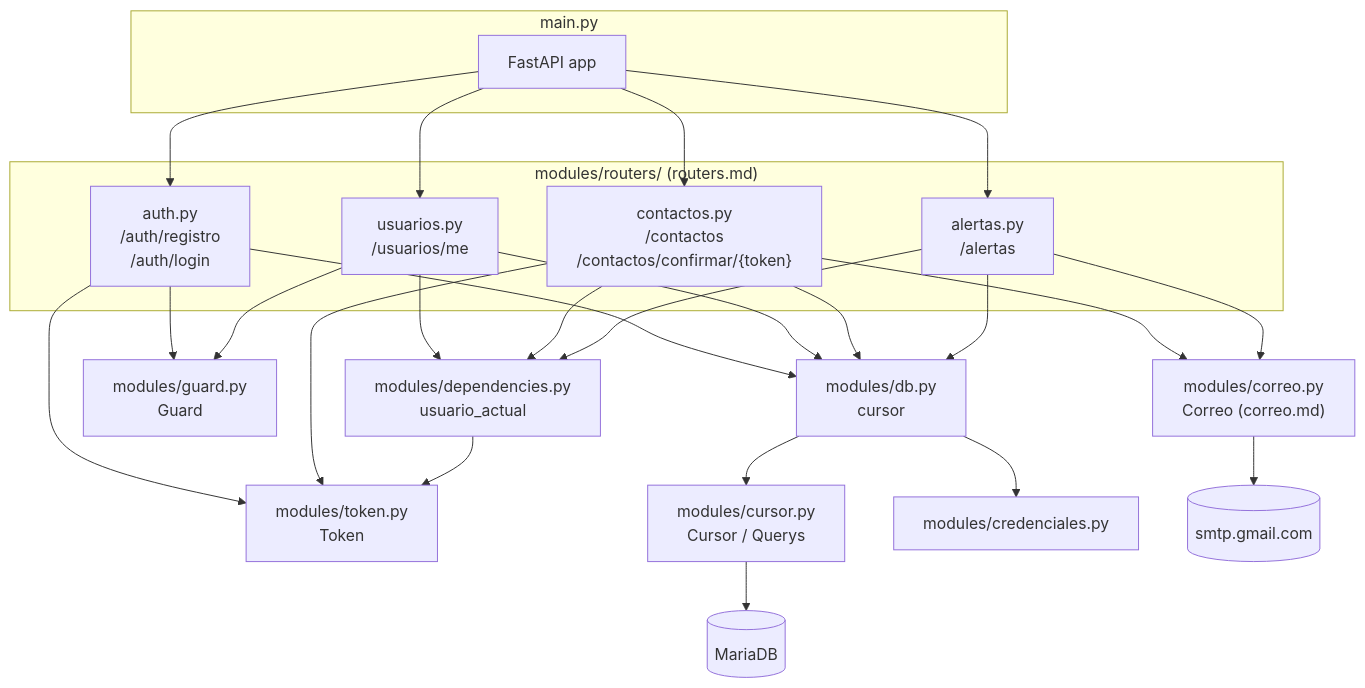
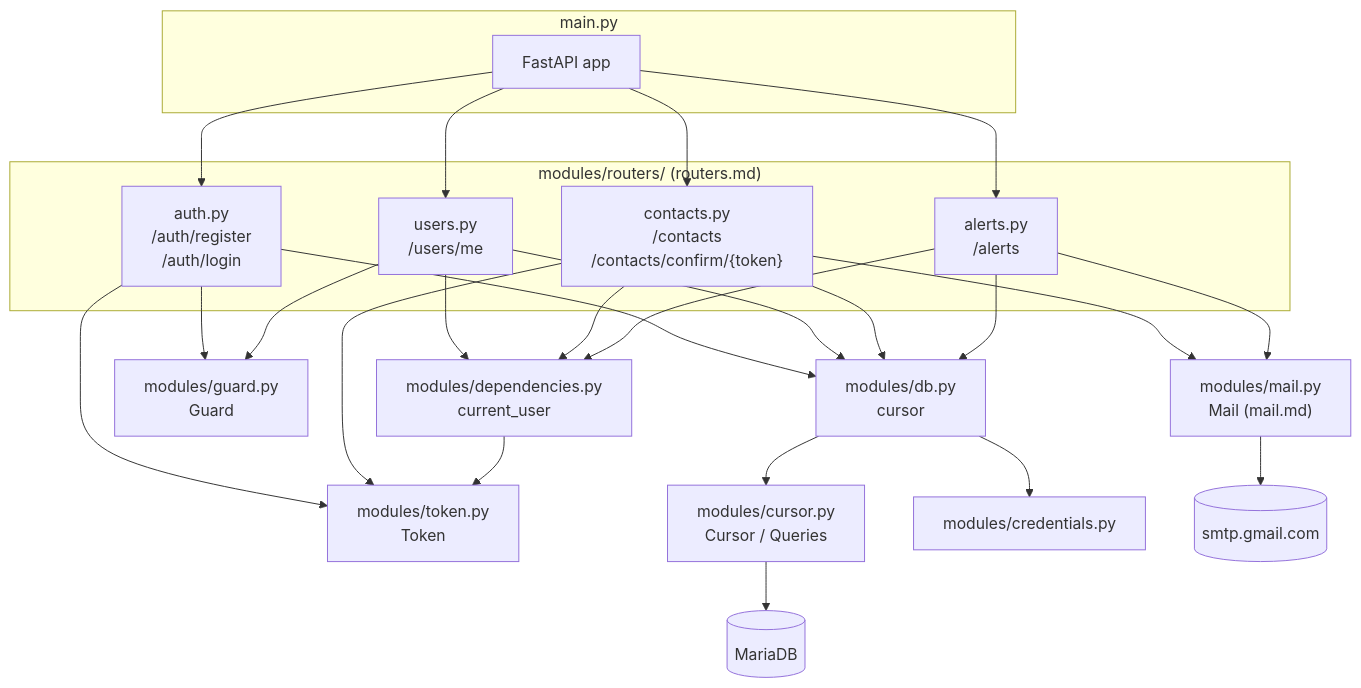
Before and after one commit to skellent/iOS-compiler: the diagram in docs/backend/main.md, drawn with Mermaid. The commit also changed other lines of this file and 45 other files, not shown here.

````diff
--- a/docs/backend/main.md
+++ b/docs/backend/main.md
@@ -30,52 +30,52 @@
 ```mermaid
 flowchart TD
     subgraph main["main.py"]
         APP["FastAPI app"]
     end
 
     subgraph routers["modules/routers/ (routers.md)"]
-        AUTH["auth.py<br/>/auth/registro<br/>/auth/login"]
-        USR["usuarios.py<br/>/usuarios/me"]
-        CON["contactos.py<br/>/contactos<br/>/contactos/confirmar/{token}"]
-        ALT["alertas.py<br/>/alertas"]
+        AUTH["auth.py<br/>/auth/register<br/>/auth/login"]
+        USR["users.py<br/>/users/me"]
+        CON["contacts.py<br/>/contacts<br/>/contacts/confirm/{token}"]
+        ALT["alerts.py<br/>/alerts"]
     end
 
-    DEPS["modules/dependencies.py<br/>usuario_actual"]
+    DEPS["modules/dependencies.py<br/>current_user"]
     TOKEN["modules/token.py<br/>Token"]
     GUARD["modules/guard.py<br/>Guard"]
-    CORREO["modules/correo.py<br/>Correo (correo.md)"]
+    MAIL["modules/mail.py<br/>Mail (mail.md)"]
     DB["modules/db.py<br/>cursor"]
-    CURSOR["modules/cursor.py<br/>Cursor / Querys"]
-    CRED["modules/credenciales.py"]
+    CURSOR["modules/cursor.py<br/>Cursor / Queries"]
+    CRED["modules/credentials.py"]
     MARIADB[(MariaDB)]
     SMTP[(smtp.gmail.com)]
 
     APP --> AUTH
     APP --> USR
     APP --> CON
     APP --> ALT
 
     AUTH --> GUARD
     AUTH --> TOKEN
     AUTH --> DB
 
     USR --> DEPS
     USR --> DB
     USR --> GUARD
 
     CON --> DEPS
     CON --> DB
     CON --> TOKEN
-    CON --> CORREO
+    CON --> MAIL
 
     ALT --> DEPS
     ALT --> DB
-    ALT --> CORREO
+    ALT --> MAIL
 
     DEPS --> TOKEN
 
     DB --> CURSOR
     DB --> CRED
     CURSOR --> MARIADB
-    CORREO --> SMTP
+    MAIL --> SMTP
 ```
````
